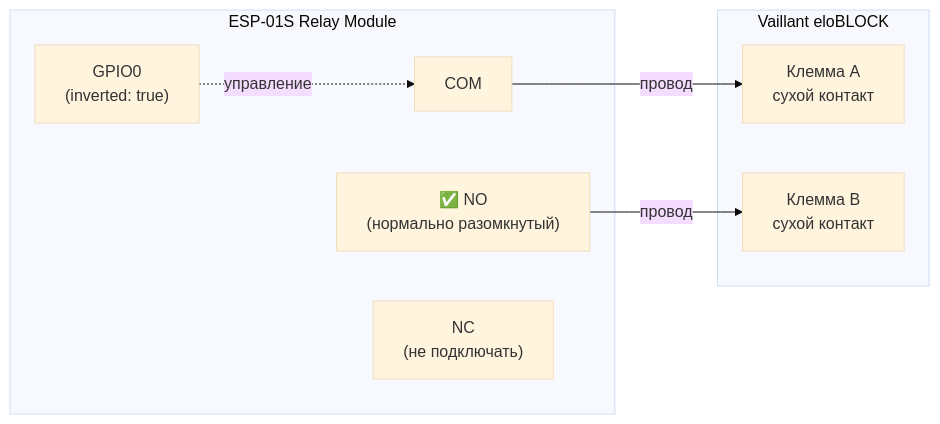
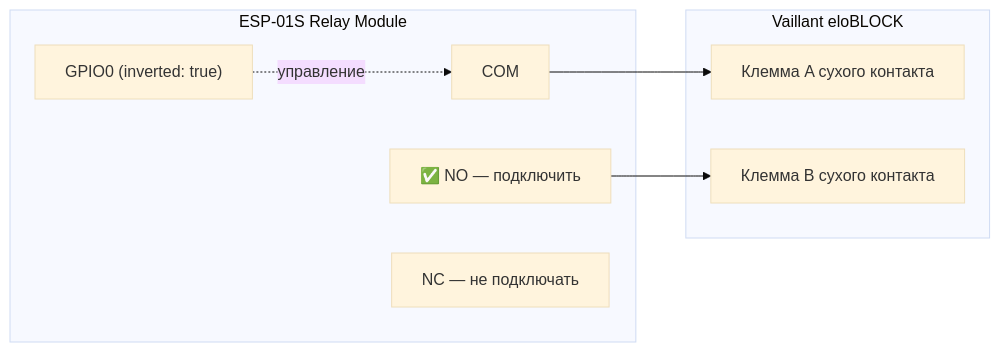
The fifth of 7 diagrams in HABR_ARTICLE.md (Gfermoto/Vaillant), drawn with Mermaid (base theme) before and after one commit. The commit also changed other lines of this file, not shown here.

First line of the commit message:
Fix Mermaid diagrams: remove literal \n from all node and edge labels

````diff
--- a/HABR_ARTICLE.md
+++ b/HABR_ARTICLE.md
@@ -428,16 +428,16 @@
 ```mermaid
 graph LR
     subgraph ESP01S["ESP-01S Relay Module"]
-        GPIO0["GPIO0\n(inverted: true)"]
-        COM[COM]
-        NO["✅ NO\n(нормально разомкнутый)"]
-        NC["NC\n(не подключать)"]
+        GPIO0["GPIO0 (inverted: true)"]
+        COM["COM"]
+        NO["✅ NO — подключить"]
+        NC["NC — не подключать"]
     end
     subgraph Boiler["Vaillant eloBLOCK"]
-        A["Клемма A\nсухой контакт"]
-        B["Клемма B\nсухой контакт"]
+        A["Клемма A сухого контакта"]
+        B["Клемма B сухого контакта"]
     end
-    COM -- "провод" --> A
-    NO -- "провод" --> B
+    COM --> A
+    NO --> B
     GPIO0 -. "управление" .-> COM
 ```
````
